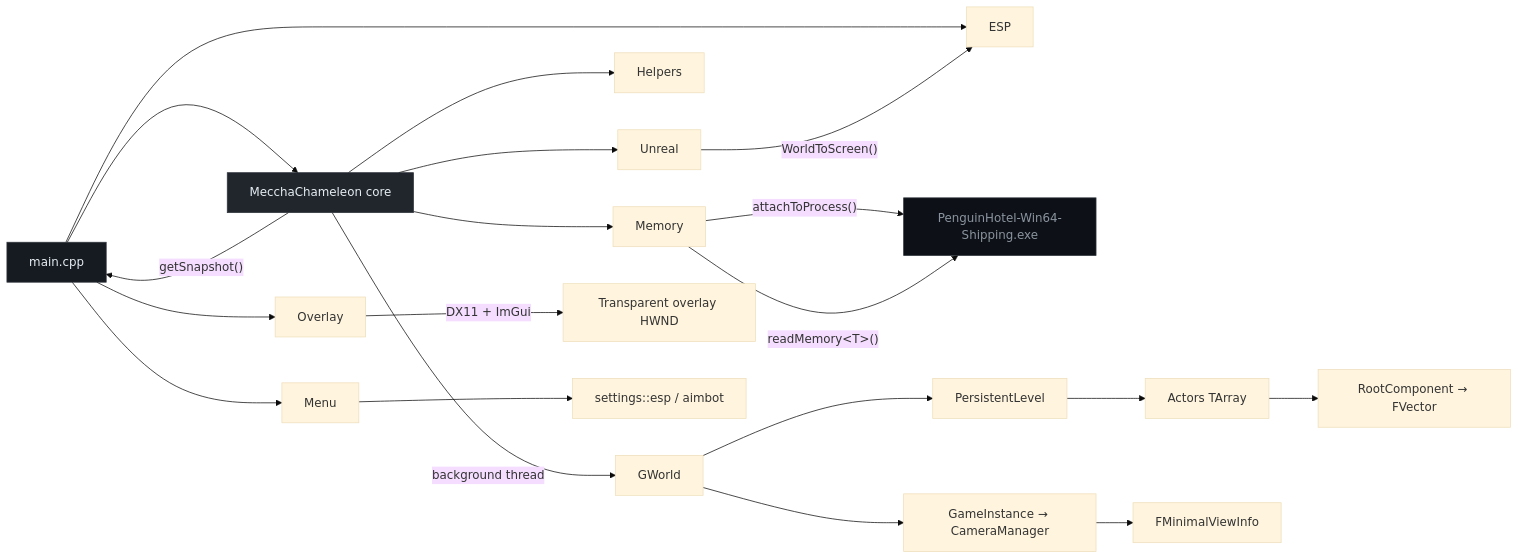
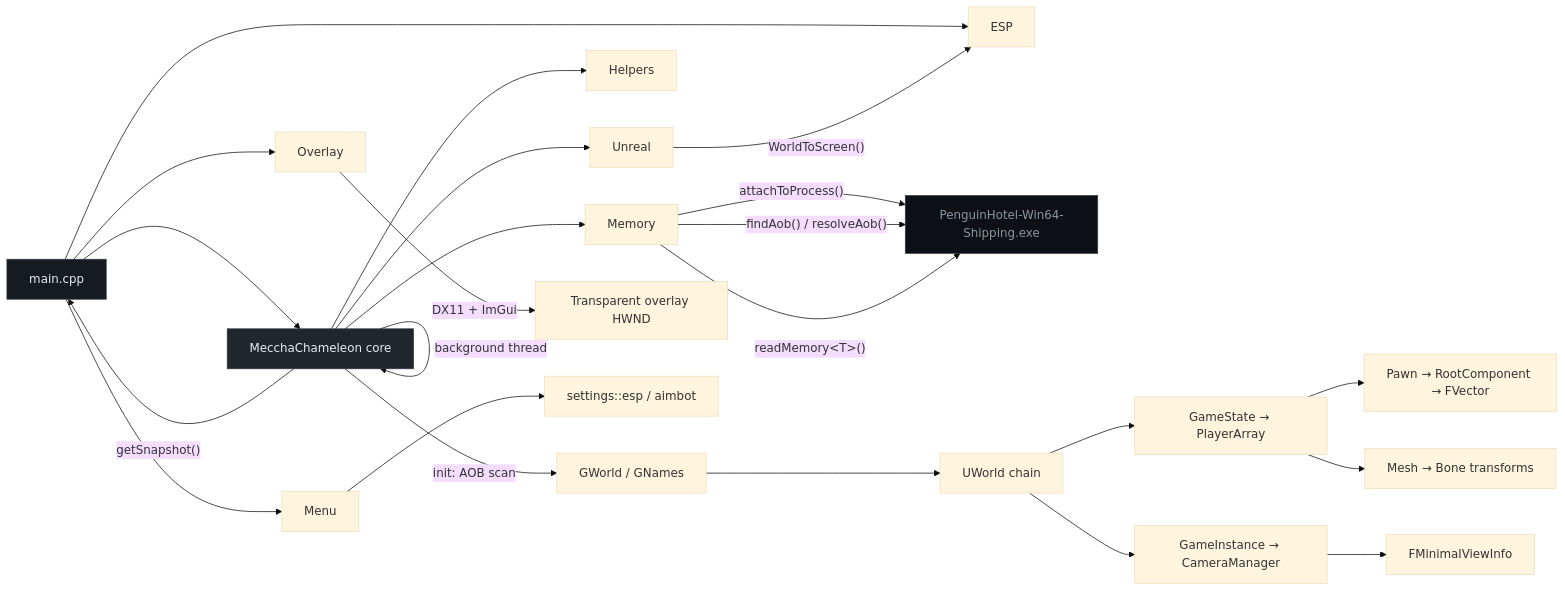
The diagram in README.md (ToldByNun/MecchaChameleon-External-Cheat), drawn with Mermaid (base theme) before and after one commit. The commit also changed other lines of this file and 7 other files, not shown here.

````diff
--- a/README.md
+++ b/README.md
@@ -88,31 +90,34 @@
 ```mermaid
 flowchart LR
     A["main.cpp"] --> B["MecchaChameleon core"]
     A --> O["Overlay"]
     A --> M["Menu"]
     A --> E["ESP"]
 
     B --> C["Memory"]
     B --> D["Helpers"]
     B --> U["Unreal"]
 
     C -->|"attachToProcess()"| F["PenguinHotel-Win64-Shipping.exe"]
+    C -->|"findAob() / resolveAob()"| F
     C -->|"readMemory&lt;T&gt;()"| F
 
-    B -->|"background thread"| G["GWorld"]
-    G --> H["PersistentLevel"]
-    H --> I["Actors TArray"]
-    I --> J["RootComponent → FVector"]
+    B -->|"init: AOB scan"| G["GWorld / GNames"]
+    G --> H["UWorld chain"]
+    H --> I["GameState → PlayerArray"]
+    I --> J["Pawn → RootComponent → FVector"]
+    I --> K["Mesh → Bone transforms"]
 
-    G --> K["GameInstance → CameraManager"]
-    K --> L["FMinimalViewInfo"]
+    H --> L["GameInstance → CameraManager"]
+    L --> M2["FMinimalViewInfo"]
 
+    B -->|"background thread"| B
     B -->|"getSnapshot()"| A
     U -->|"WorldToScreen()"| E
     O -->|"DX11 + ImGui"| N["Transparent overlay HWND"]
     M --> S["settings::esp / aimbot"]
 
     style A fill:#161b22,color:#e6edf3,stroke:#30363d
     style B fill:#21262d,color:#e6edf3,stroke:#30363d
     style F fill:#0d1117,color:#8b949e,stroke:#30363d
 ```
````
